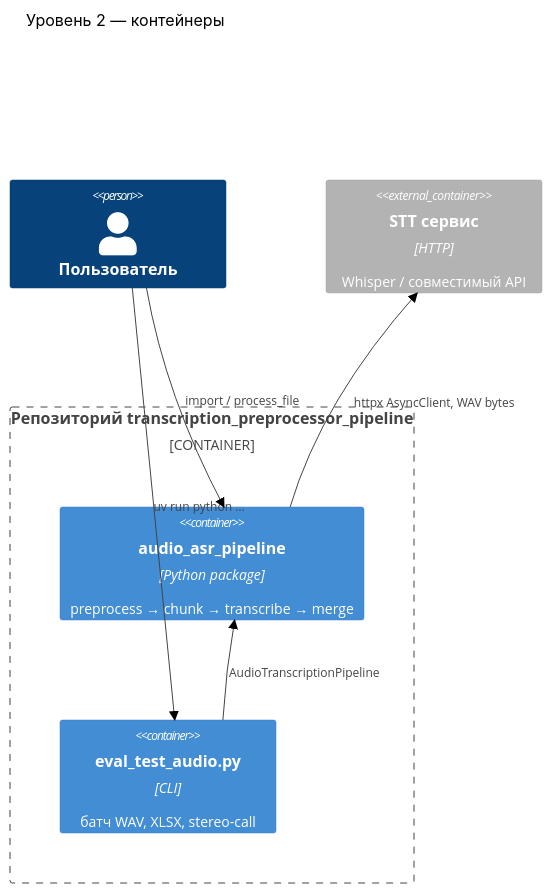
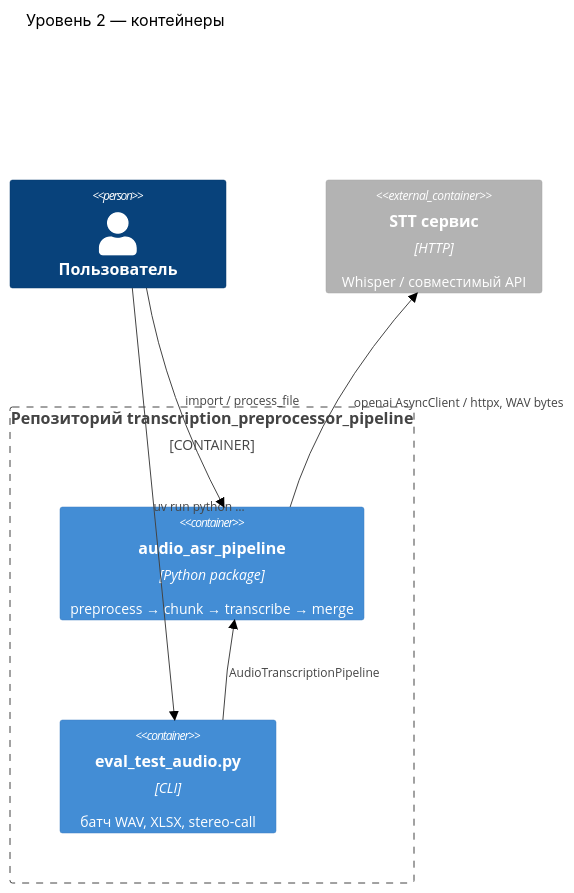
One commit to AdamCage/transcription_preprocessor_pipeline changed the third of 7 diagrams in docs/ARCHITECTURE.md. Above: the diagram before and after it, drawn with Mermaid (neutral theme). The commit also changed other lines of this file and 14 other files, not shown here.

````diff
--- a/docs/ARCHITECTURE.md
+++ b/docs/ARCHITECTURE.md
@@ -46,18 +46,18 @@
 ```mermaid
 C4Container
 title Уровень 2 — контейнеры
 
 Person(user, "Пользователь", "")
 
 Container_Boundary(app, "Репозиторий transcription_preprocessor_pipeline") {
     Container(lib, "audio_asr_pipeline", "Python package", "preprocess → chunk → transcribe → merge")
     Container(eval, "eval_test_audio.py", "CLI", "батч WAV, XLSX, stereo-call")
 }
 
 Container_Ext(stt, "STT сервис", "HTTP", "Whisper / совместимый API")
 
 Rel(user, eval, "uv run python …")
 Rel(user, lib, "import / process_file")
 Rel(eval, lib, "AudioTranscriptionPipeline")
-Rel(lib, stt, "httpx AsyncClient, WAV bytes")
+Rel(lib, stt, "openai AsyncClient / httpx, WAV bytes")
 ```
````
